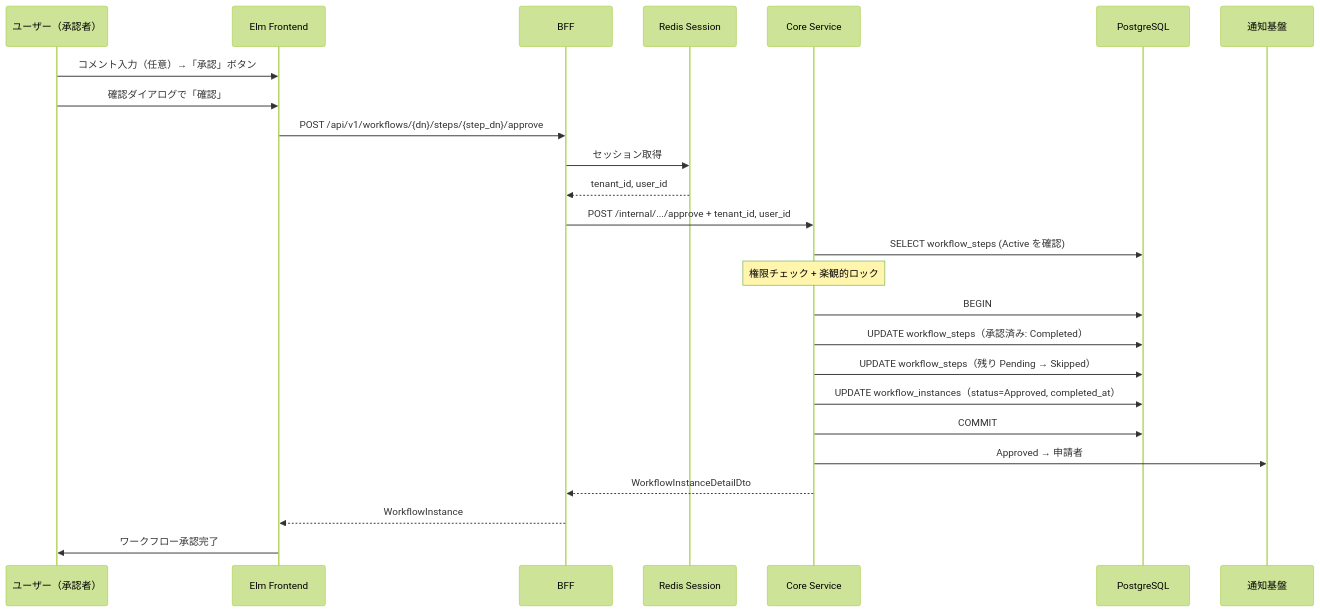
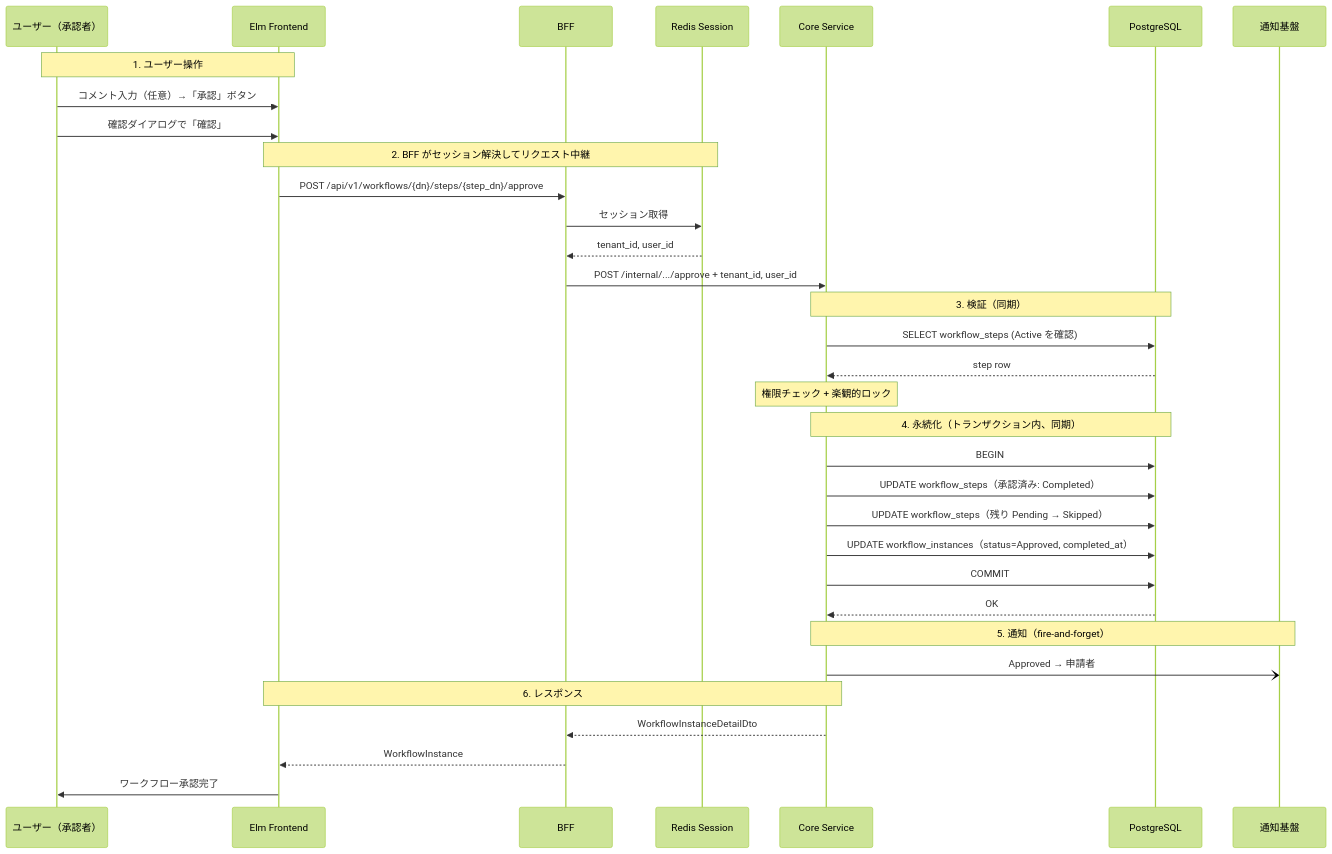
The second of 6 diagrams in docs/90_実装解説/ワークフロー/02_承認・却下フロー.md (ka2kama/ringiflow), drawn with Mermaid (forest theme) before and after one commit. The commit also changed other lines of this file and 2 other files, not shown here.

First line of the commit message:
#1128 Add numbered blocks and sync/async distinction to diagrams

````diff
--- a/docs/90_実装解説/ワークフロー/02_承認・却下フロー.md
+++ b/docs/90_実装解説/ワークフロー/02_承認・却下フロー.md
@@ -53,32 +62,41 @@
 ```mermaid
 sequenceDiagram
     participant U as ユーザー（承認者）
     participant Elm as Elm Frontend
     participant BFF as BFF
     participant Redis as Redis Session
     participant Core as Core Service
     participant DB as PostgreSQL
     participant Notify as 通知基盤
 
+    Note over U, Elm: 1. ユーザー操作
     U->>Elm: コメント入力（任意）→「承認」ボタン
     U->>Elm: 確認ダイアログで「確認」
 
+    Note over Elm, Redis: 2. BFF がセッション解決してリクエスト中継
     Elm->>BFF: POST /api/v1/workflows/{dn}/steps/{step_dn}/approve
     BFF->>Redis: セッション取得
     Redis-->>BFF: tenant_id, user_id
     BFF->>Core: POST /internal/.../approve + tenant_id, user_id
 
+    Note over Core, DB: 3. 検証（同期）
     Core->>DB: SELECT workflow_steps (Active を確認)
+    DB-->>Core: step row
     Note over Core: 権限チェック + 楽観的ロック
 
+    Note over Core, DB: 4. 永続化（トランザクション内、同期）
     Core->>DB: BEGIN
     Core->>DB: UPDATE workflow_steps（承認済み: Completed）
     Core->>DB: UPDATE workflow_steps（残り Pending → Skipped）
     Core->>DB: UPDATE workflow_instances（status=Approved, completed_at）
     Core->>DB: COMMIT
+    DB-->>Core: OK
 
-    Core->>Notify: Approved → 申請者
+    Note over Core, Notify: 5. 通知（fire-and-forget）
+    Core-)Notify: Approved → 申請者
+
+    Note over Core, Elm: 6. レスポンス
     Core-->>BFF: WorkflowInstanceDetailDto
     BFF-->>Elm: WorkflowInstance
     Elm->>U: ワークフロー承認完了
 ```
````
